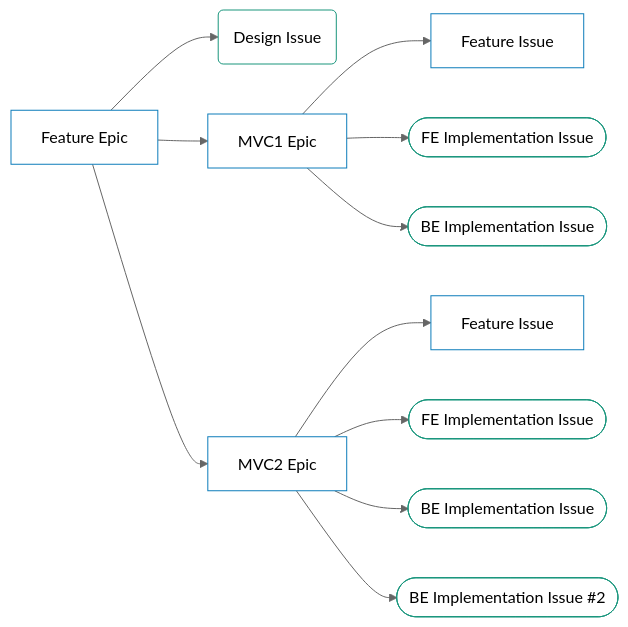
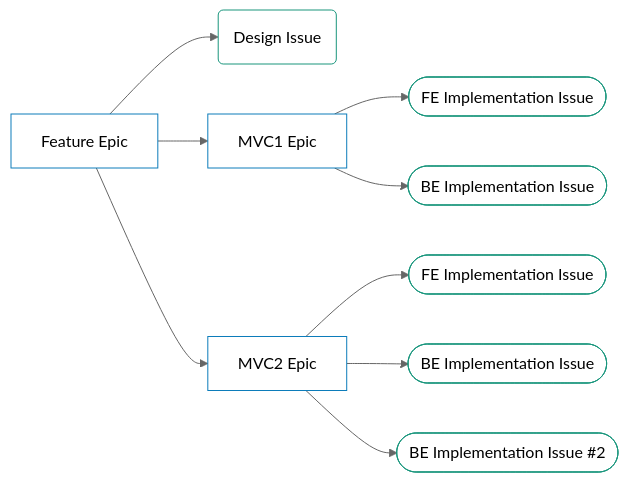
The tenth of 12 diagrams in development/threat-management/planning/diagram.html.md (secretstartups/handbook), drawn with Mermaid (neutral theme) before and after one commit. The commit also changed other lines of this file, not shown here.

Commit message:
Remove Feature Issue from Threat Mgmt planning diagram

````diff
--- a/development/threat-management/planning/diagram.html.md
+++ b/development/threat-management/planning/diagram.html.md
@@ -288,20 +276,18 @@
 ```mermaid
 graph LR;
 Feature_Epic[Feature Epic]-->Design_Issue(Design Issue);
 Feature_Epic-->MVC1_Epic[MVC1 Epic];
 Feature_Epic-->MVC2_Epic[MVC2 Epic];
 
-MVC1_Epic-->MVC1_Feature_Issue[Feature Issue];
 MVC1_Epic-->MVC1_FE1_Implementation_Issue([FE Implementation Issue]);
 MVC1_Epic-->MVC1_BE1_Implementation_Issue([BE Implementation Issue]);
 
-MVC2_Epic-->MVC2_Feature_Issue[Feature Issue];
 MVC2_Epic-->MVC2_FE1_Implementation_Issue([FE Implementation Issue]);
 MVC2_Epic-->MVC2_BE1_Implementation_Issue([BE Implementation Issue]);
 MVC2_Epic-->MVC2_BE2_Implementation_Issue([BE Implementation Issue #2]);
 
 classDef feature fill:#ffffff,stroke:#0C7CBA;
-class Feature_Epic,MVC1_Epic,MVC2_Epic,MVC2_Feature_Issue,MVC1_Feature_Issue feature
+class Feature_Epic,MVC1_Epic,MVC2_Epic feature
 classDef idea fill:#ffffff,stroke:#19957C;
 class Design_Issue,MVC1_FE1_Implementation_Issue,MVC1_BE1_Implementation_Issue,MVC2_FE1_Implementation_Issue,MVC2_BE1_Implementation_Issue,MVC2_BE2_Implementation_Issue idea
 ```
````
